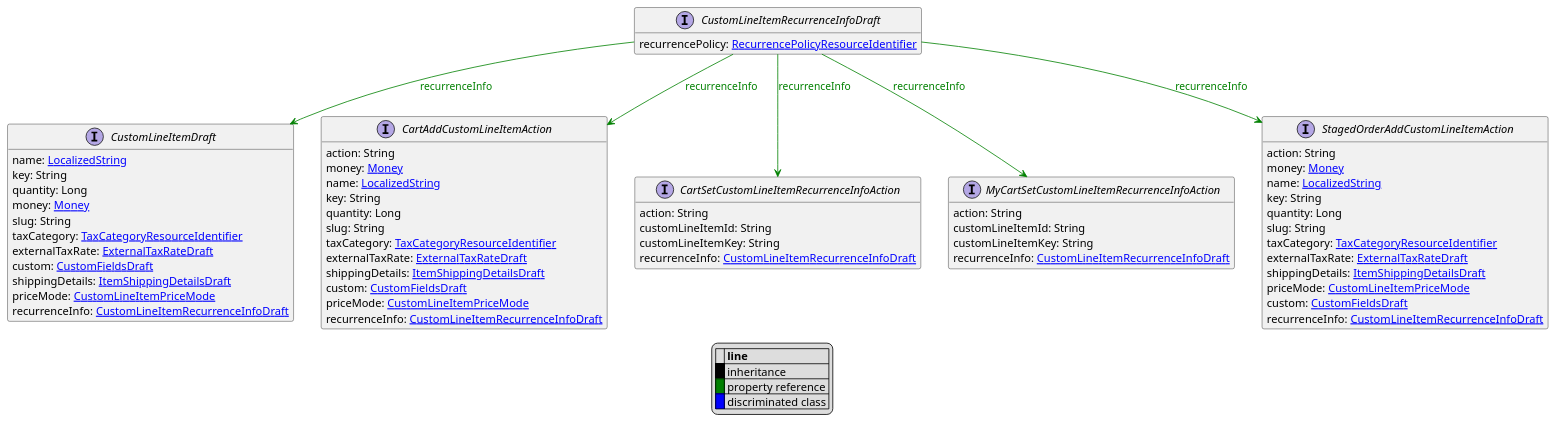
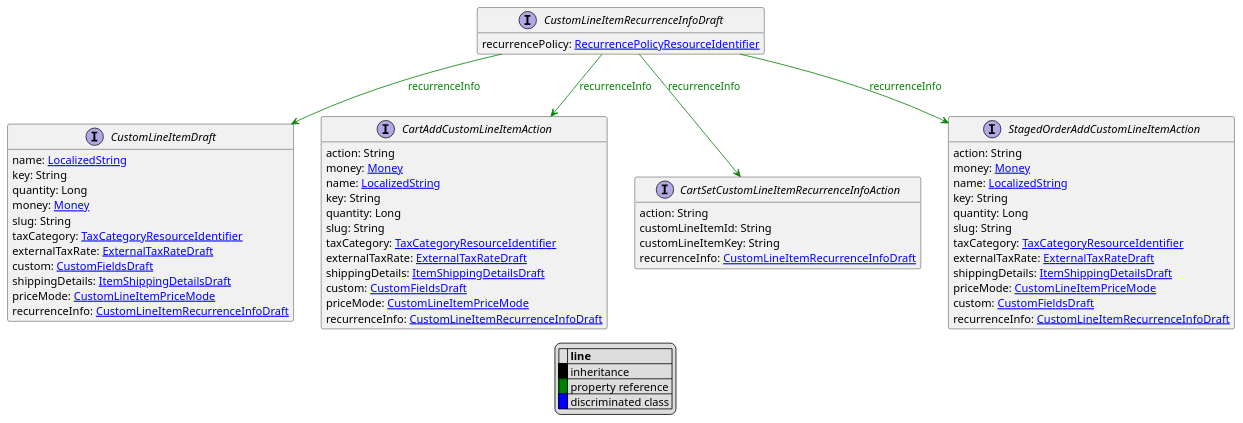
Before and after one commit to commercetools/commercetools-api-reference: the diagram in uml/api/CustomLineItemRecurrenceInfoDraft.puml, drawn with PlantUML. The commit also changed 38 other files, not shown here.

```diff
--- a/uml/api/CustomLineItemRecurrenceInfoDraft.puml
+++ b/uml/api/CustomLineItemRecurrenceInfoDraft.puml
@@ -1,76 +1,69 @@
 @startuml
 
 hide empty fields
 hide empty methods
 legend
 |= |= line |
 |<back:black>   </back>| inheritance |
 |<back:green>   </back>| property reference |
 |<back:blue>   </back>| discriminated class |
 endlegend
 interface CustomLineItemRecurrenceInfoDraft [[CustomLineItemRecurrenceInfoDraft.svg]]  {
     recurrencePolicy: [[RecurrencePolicyResourceIdentifier.svg RecurrencePolicyResourceIdentifier]]
 }
 
 
 
 interface CustomLineItemDraft [[CustomLineItemDraft.svg]]  {
     name: [[LocalizedString.svg LocalizedString]]
     key: String
     quantity: Long
     money: [[Money.svg Money]]
     slug: String
     taxCategory: [[TaxCategoryResourceIdentifier.svg TaxCategoryResourceIdentifier]]
     externalTaxRate: [[ExternalTaxRateDraft.svg ExternalTaxRateDraft]]
     custom: [[CustomFieldsDraft.svg CustomFieldsDraft]]
     shippingDetails: [[ItemShippingDetailsDraft.svg ItemShippingDetailsDraft]]
     priceMode: [[CustomLineItemPriceMode.svg CustomLineItemPriceMode]]
     recurrenceInfo: [[CustomLineItemRecurrenceInfoDraft.svg CustomLineItemRecurrenceInfoDraft]]
 }
 interface CartAddCustomLineItemAction [[CartAddCustomLineItemAction.svg]]  {
     action: String
     money: [[Money.svg Money]]
     name: [[LocalizedString.svg LocalizedString]]
     key: String
     quantity: Long
     slug: String
     taxCategory: [[TaxCategoryResourceIdentifier.svg TaxCategoryResourceIdentifier]]
     externalTaxRate: [[ExternalTaxRateDraft.svg ExternalTaxRateDraft]]
     shippingDetails: [[ItemShippingDetailsDraft.svg ItemShippingDetailsDraft]]
     custom: [[CustomFieldsDraft.svg CustomFieldsDraft]]
     priceMode: [[CustomLineItemPriceMode.svg CustomLineItemPriceMode]]
     recurrenceInfo: [[CustomLineItemRecurrenceInfoDraft.svg CustomLineItemRecurrenceInfoDraft]]
 }
 interface CartSetCustomLineItemRecurrenceInfoAction [[CartSetCustomLineItemRecurrenceInfoAction.svg]]  {
     action: String
     customLineItemId: String
     customLineItemKey: String
     recurrenceInfo: [[CustomLineItemRecurrenceInfoDraft.svg CustomLineItemRecurrenceInfoDraft]]
 }
-interface MyCartSetCustomLineItemRecurrenceInfoAction [[MyCartSetCustomLineItemRecurrenceInfoAction.svg]]  {
-    action: String
-    customLineItemId: String
-    customLineItemKey: String
-    recurrenceInfo: [[CustomLineItemRecurrenceInfoDraft.svg CustomLineItemRecurrenceInfoDraft]]
-}
 interface StagedOrderAddCustomLineItemAction [[StagedOrderAddCustomLineItemAction.svg]]  {
     action: String
     money: [[Money.svg Money]]
     name: [[LocalizedString.svg LocalizedString]]
     key: String
     quantity: Long
     slug: String
     taxCategory: [[TaxCategoryResourceIdentifier.svg TaxCategoryResourceIdentifier]]
     externalTaxRate: [[ExternalTaxRateDraft.svg ExternalTaxRateDraft]]
     shippingDetails: [[ItemShippingDetailsDraft.svg ItemShippingDetailsDraft]]
     priceMode: [[CustomLineItemPriceMode.svg CustomLineItemPriceMode]]
     custom: [[CustomFieldsDraft.svg CustomFieldsDraft]]
     recurrenceInfo: [[CustomLineItemRecurrenceInfoDraft.svg CustomLineItemRecurrenceInfoDraft]]
 }
 
 CustomLineItemRecurrenceInfoDraft --> CustomLineItemDraft #green;text:green : "recurrenceInfo"
 CustomLineItemRecurrenceInfoDraft --> CartAddCustomLineItemAction #green;text:green : "recurrenceInfo"
 CustomLineItemRecurrenceInfoDraft --> CartSetCustomLineItemRecurrenceInfoAction #green;text:green : "recurrenceInfo"
-CustomLineItemRecurrenceInfoDraft --> MyCartSetCustomLineItemRecurrenceInfoAction #green;text:green : "recurrenceInfo"
 CustomLineItemRecurrenceInfoDraft --> StagedOrderAddCustomLineItemAction #green;text:green : "recurrenceInfo"
 @enduml
```
